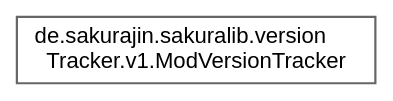
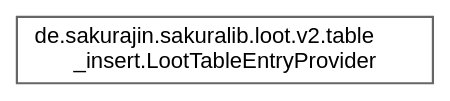
The diagram in inherit_graph_30.dot (noah1510/sakura-lib), drawn with Graphviz before and after one commit. The commit also changed 187 other files, not shown here.

```diff
--- a/inherit_graph_30.dot
+++ b/inherit_graph_30.dot
@@ -1,9 +1,9 @@
 digraph "Graphical Class Hierarchy"
 {
  // LATEX_PDF_SIZE
   bgcolor="transparent";
   edge [fontname=Helvetica,fontsize=10,labelfontname=Helvetica,labelfontsize=10];
   node [fontname=Helvetica,fontsize=10,shape=box,height=0.2,width=0.4];
   rankdir="LR";
-  Node0 [label="de.sakurajin.sakuralib.version\lTracker.v1.ModVersionTracker",height=0.2,width=0.4,color="grey40", fillcolor="white", style="filled",URL="$classde_1_1sakurajin_1_1sakuralib_1_1versionTracker_1_1v1_1_1ModVersionTracker.html",tooltip=" "];
+  Node0 [label="de.sakurajin.sakuralib.loot.v2.table\l_insert.LootTableEntryProvider",height=0.2,width=0.4,color="grey40", fillcolor="white", style="filled",URL="$interfacede_1_1sakurajin_1_1sakuralib_1_1loot_1_1v2_1_1table__insert_1_1LootTableEntryProvider.html",tooltip="This interface is used to provide loot table entries for the loot table manager."];
 }
```
